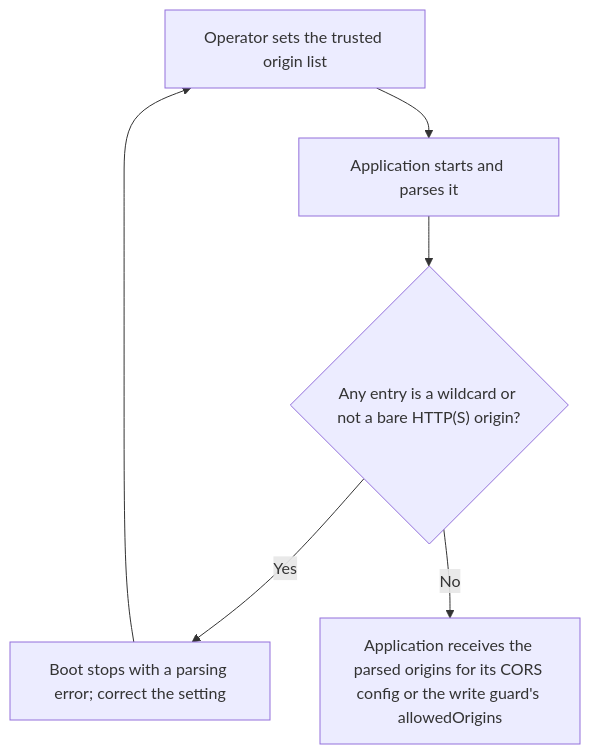
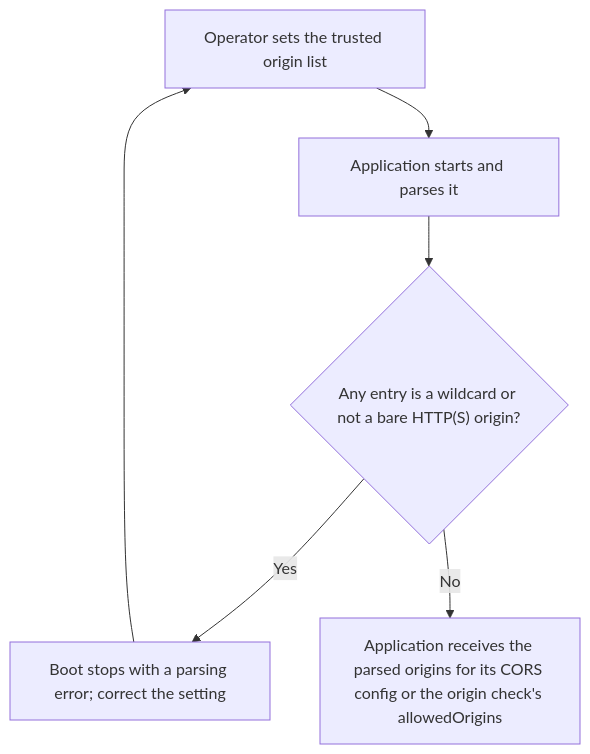
One commit to Kevinjohn/oss-adonisjs-origin-guard changed the first of 2 diagrams in user-stories/US-ORIGIN-03-parse-trusted-origins.md. Above: the diagram before and after it, drawn with Mermaid. The commit also changed other lines of this file and 24 other files, not shown here.

Commit message:
Align origin-check middleware and bound check output (#57)

````diff
--- a/user-stories/US-ORIGIN-03-parse-trusted-origins.md
+++ b/user-stories/US-ORIGIN-03-parse-trusted-origins.md
@@ -25,8 +25,8 @@
 ```mermaid
 flowchart TD
     A["Operator sets the trusted origin list"] --> B["Application starts and parses it"]
     B --> C{"Any entry is a wildcard or not a bare HTTP(S) origin?"}
     C -->|Yes| D["Boot stops with a parsing error; correct the setting"]
     D --> A
-    C -->|No| E["Application receives the parsed origins for its CORS config or the write guard's allowedOrigins"]
+    C -->|No| E["Application receives the parsed origins for its CORS config or the origin check's allowedOrigins"]
 ```
````
